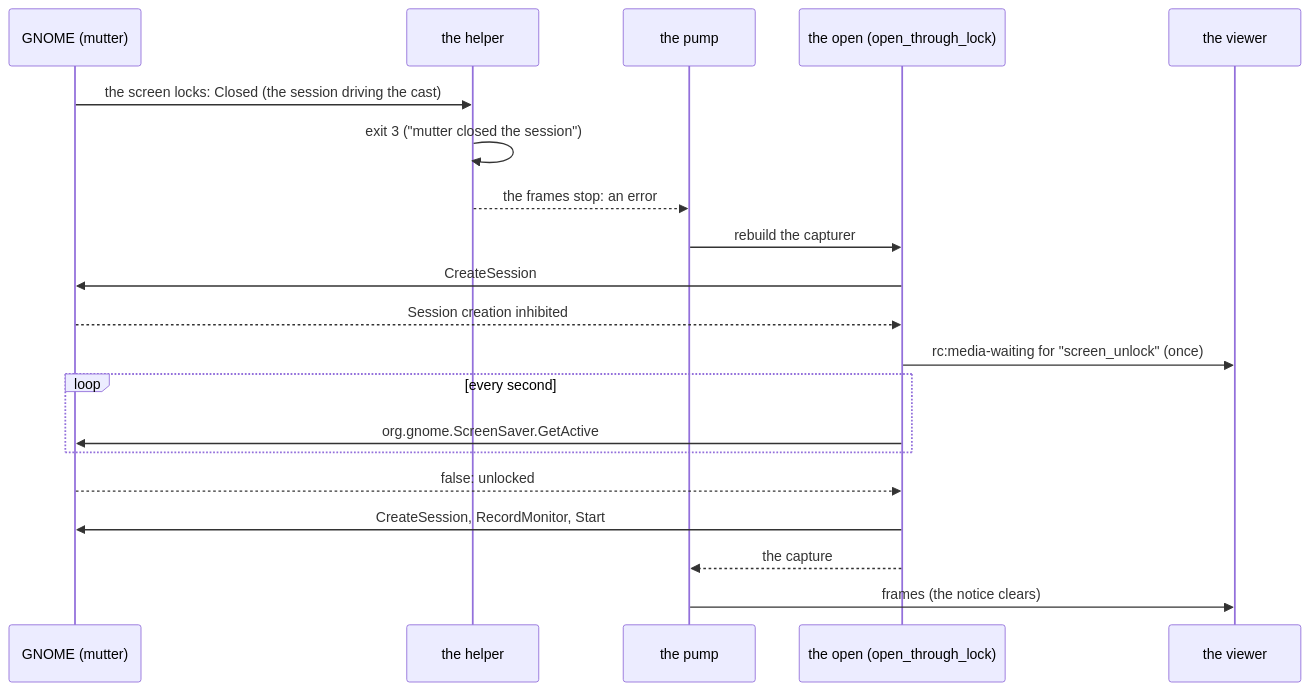
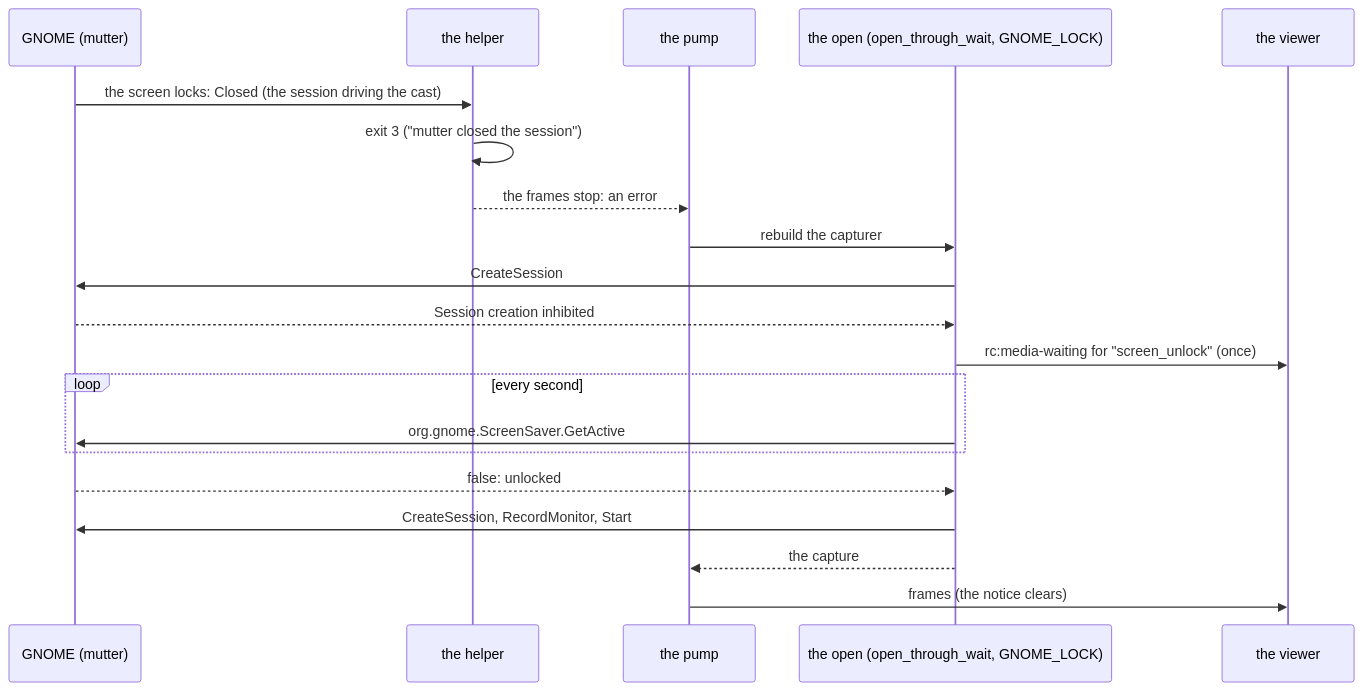
Diagram 13 of 13 in docs/linux-capture.md (gjovanov/roomler-ai), drawn with Mermaid before and after one commit. The commit also changed other lines of this file and 7 other files, not shown here.

````diff
--- a/docs/linux-capture.md
+++ b/docs/linux-capture.md
@@ -1118,22 +1194,22 @@
 ```mermaid
 sequenceDiagram
     participant G as GNOME (mutter)
     participant H as the helper
     participant P as the pump
-    participant O as the open (open_through_lock)
+    participant O as the open (open_through_wait, GNOME_LOCK)
     participant V as the viewer
     G->>H: the screen locks: Closed (the session driving the cast)
     H->>H: exit 3 ("mutter closed the session")
     H-->>P: the frames stop: an error
     P->>O: rebuild the capturer
     O->>G: CreateSession
     G-->>O: Session creation inhibited
     O->>V: rc:media-waiting for "screen_unlock" (once)
     loop every second
         O->>G: org.gnome.ScreenSaver.GetActive
     end
     G-->>O: false: unlocked
     O->>G: CreateSession, RecordMonitor, Start
     O-->>P: the capture
     P->>V: frames (the notice clears)
 ```
````
